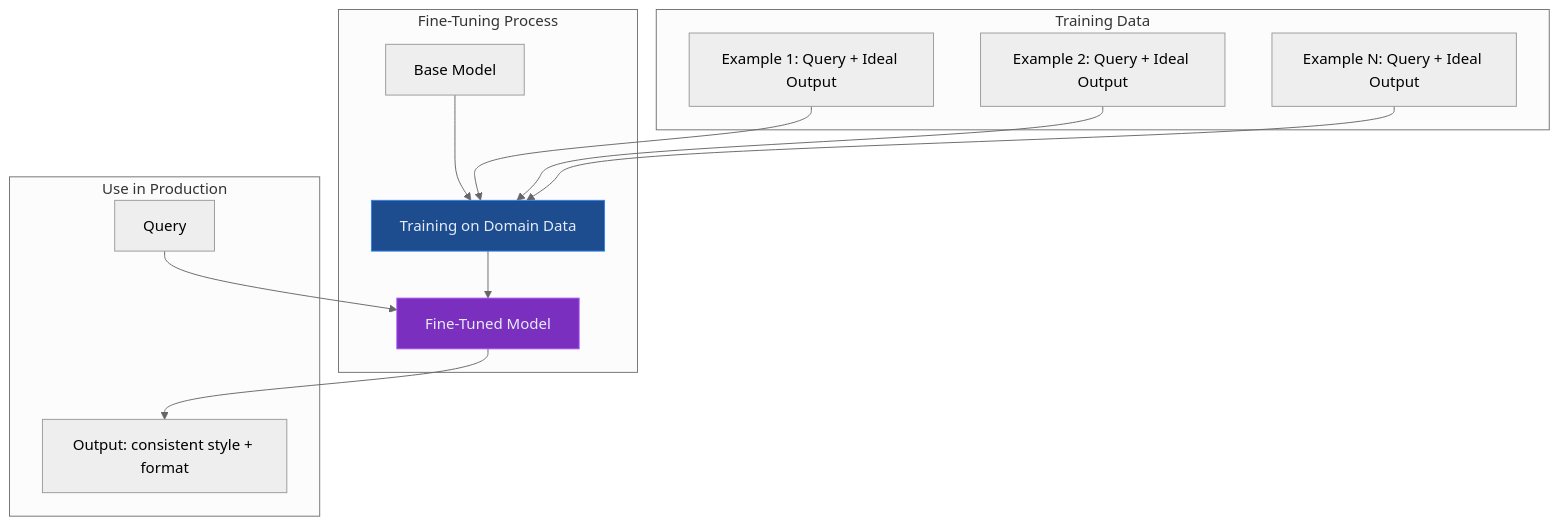
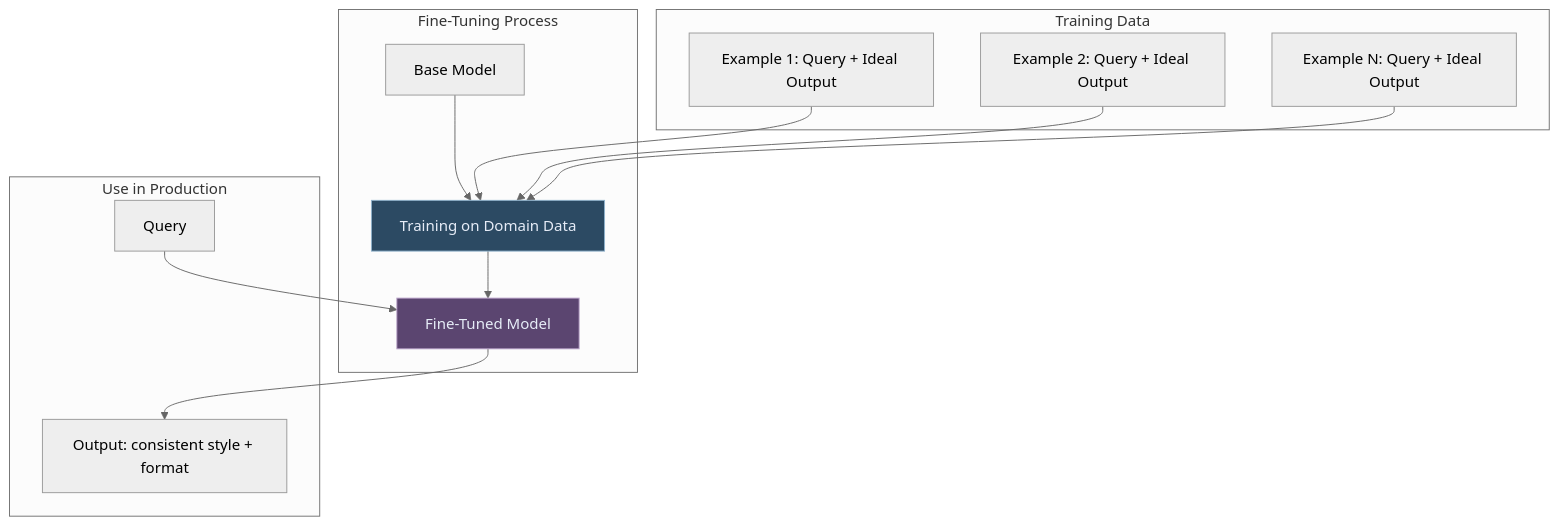
One commit to lorvexai/lorvexai changed the fourth of 6 diagrams in blog/fine-tuning-vs-rag-vs-prompting.md. Above: the diagram before and after it, drawn with Mermaid (neutral theme). The commit also changed other lines of this file and 16 other files, not shown here.

First line of the commit message:
Retune hardcoded Mermaid node colors to match the site palette

````diff
--- a/blog/fine-tuning-vs-rag-vs-prompting.md
+++ b/blog/fine-tuning-vs-rag-vs-prompting.md
@@ -148,24 +148,24 @@
 ```mermaid
 flowchart TD
     subgraph Fine-Tuning Process
         BD[Base Model] --> TR[Training on Domain Data]
         TR --> FT[Fine-Tuned Model]
     end
 
     subgraph Use in Production
         Q[Query] --> FT
         FT --> O[Output: consistent style + format]
     end
 
     subgraph Training Data
         EX1[Example 1: Query + Ideal Output]
         EX2[Example 2: Query + Ideal Output]
         EXN[Example N: Query + Ideal Output]
         EX1 --> TR
         EX2 --> TR
         EXN --> TR
     end
 
-    style FT fill:#7B2FBE,stroke:#a855f7,color:#E6ECF7
-    style TR fill:#1D4C8F,stroke:#2F80ED,color:#E6ECF7
+    style FT fill:#5B4570,stroke:#BCA6CC,color:#E6ECF7
+    style TR fill:#2C4A63,stroke:#8FB2CC,color:#E6ECF7
 ```
````
